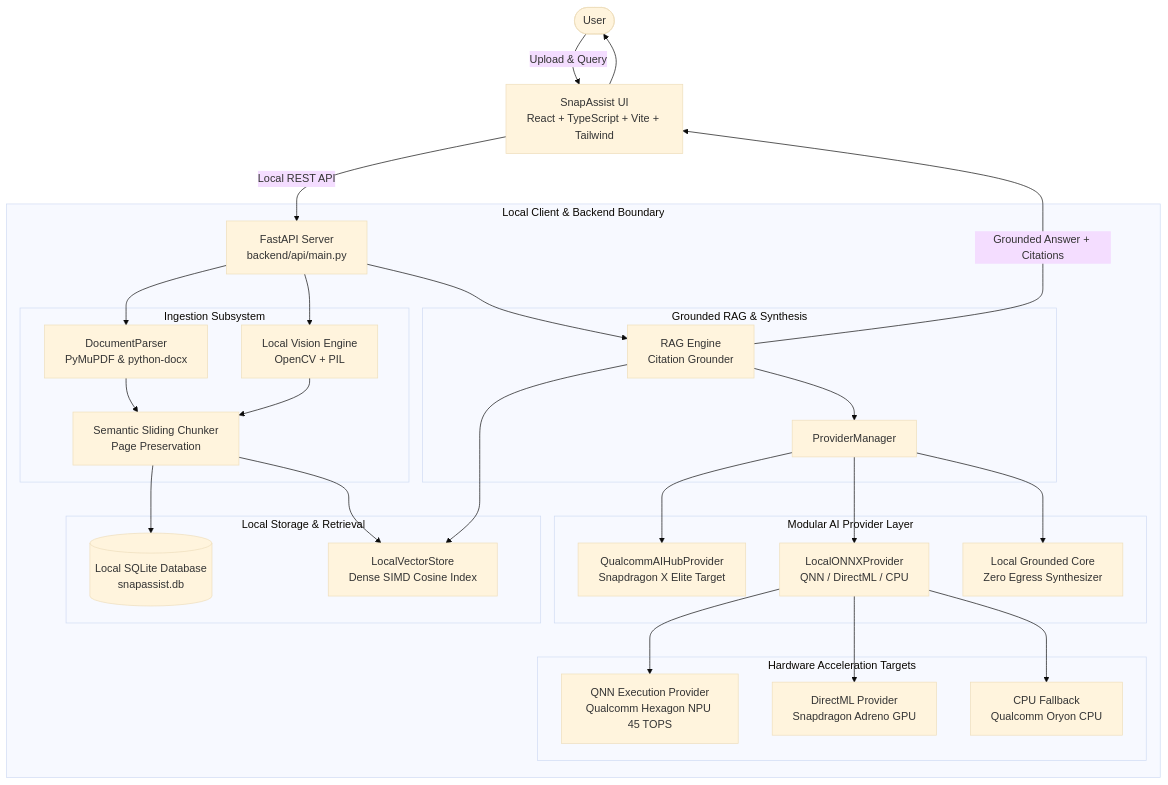
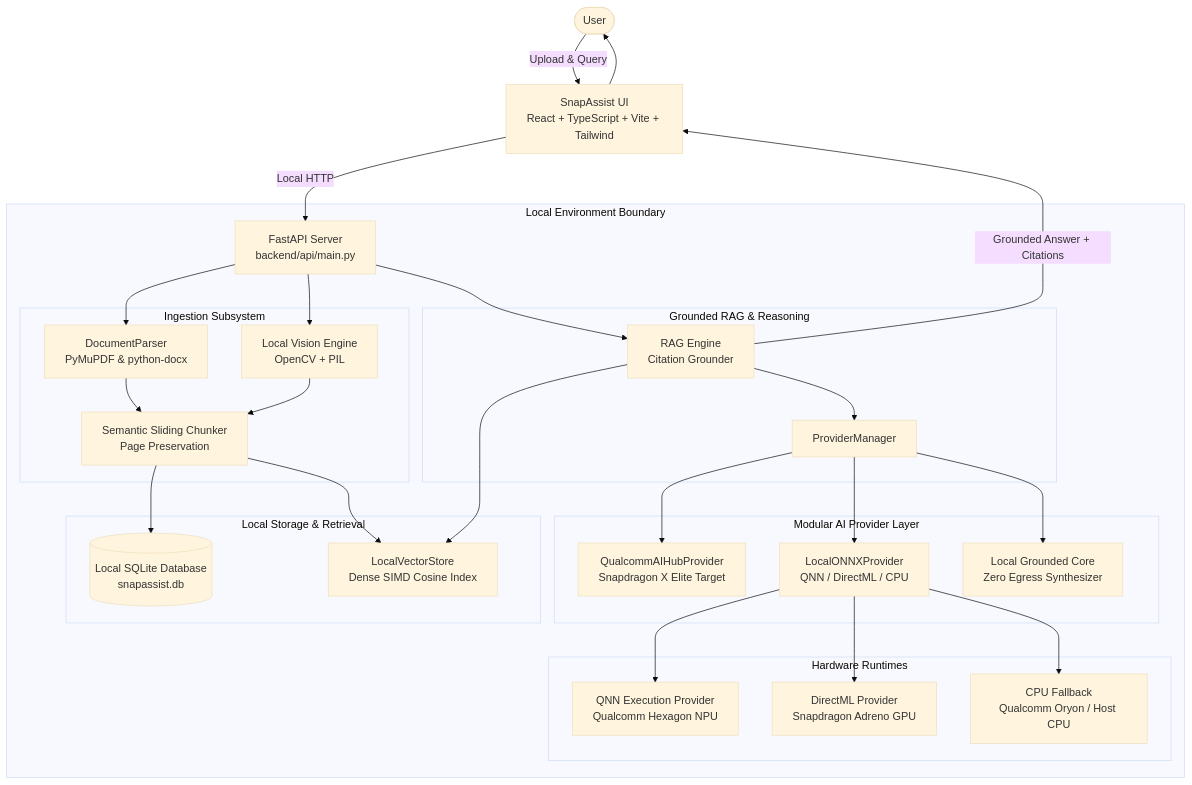
Before and after one commit to chandu1165/SnapAssist-Private-On-Device-AI-Workspace: the diagram in README.md, drawn with Mermaid (base theme). The commit also changed other lines of this file and 17 other files, not shown here.

````diff
--- a/README.md
+++ b/README.md
@@ -72,51 +57,51 @@
 ```mermaid
 flowchart TD
     User([User])
     UI[SnapAssist UI\nReact + TypeScript + Vite + Tailwind]
     
-    subgraph Local Client & Backend Boundary
+    subgraph Local Environment Boundary
         API[FastAPI Server\nbackend/api/main.py]
         
         subgraph Ingestion Subsystem
             DocParser[DocumentParser\nPyMuPDF & python-docx]
             VisionOCR[Local Vision Engine\nOpenCV + PIL]
             Chunker[Semantic Sliding Chunker\nPage Preservation]
         end
         
         subgraph Local Storage & Retrieval
             DB[(Local SQLite Database\nsnapassist.db)]
             VStore[LocalVectorStore\nDense SIMD Cosine Index]
         end
         
-        subgraph Grounded RAG & Synthesis
+        subgraph Grounded RAG & Reasoning
             RAGEngine[RAG Engine\nCitation Grounder]
             PManager[ProviderManager]
         end
         
         subgraph Modular AI Provider Layer
             QAIHub[QualcommAIHubProvider\nSnapdragon X Elite Target]
             LocalONNX[LocalONNXProvider\nQNN / DirectML / CPU]
             LocalLLM[Local Grounded Core\nZero Egress Synthesizer]
         end
         
-        subgraph Hardware Acceleration Targets
-            QNN[QNN Execution Provider\nQualcomm Hexagon NPU 45 TOPS]
+        subgraph Hardware Runtimes
+            QNN[QNN Execution Provider\nQualcomm Hexagon NPU]
             DML[DirectML Provider\nSnapdragon Adreno GPU]
-            CPU[CPU Fallback\nQualcomm Oryon CPU]
+            CPU[CPU Fallback\nQualcomm Oryon / Host CPU]
         end
     end
     
     User -->|Upload & Query| UI
-    UI -->|Local REST API| API
+    UI -->|Local HTTP| API
     API --> DocParser & VisionOCR
     DocParser --> Chunker
     VisionOCR --> Chunker
     Chunker --> DB & VStore
     API --> RAGEngine
     RAGEngine --> VStore
     RAGEngine --> PManager
     PManager --> QAIHub & LocalONNX & LocalLLM
     LocalONNX --> QNN & DML & CPU
     RAGEngine -->|Grounded Answer + Citations| UI
     UI --> User
 ```
````
